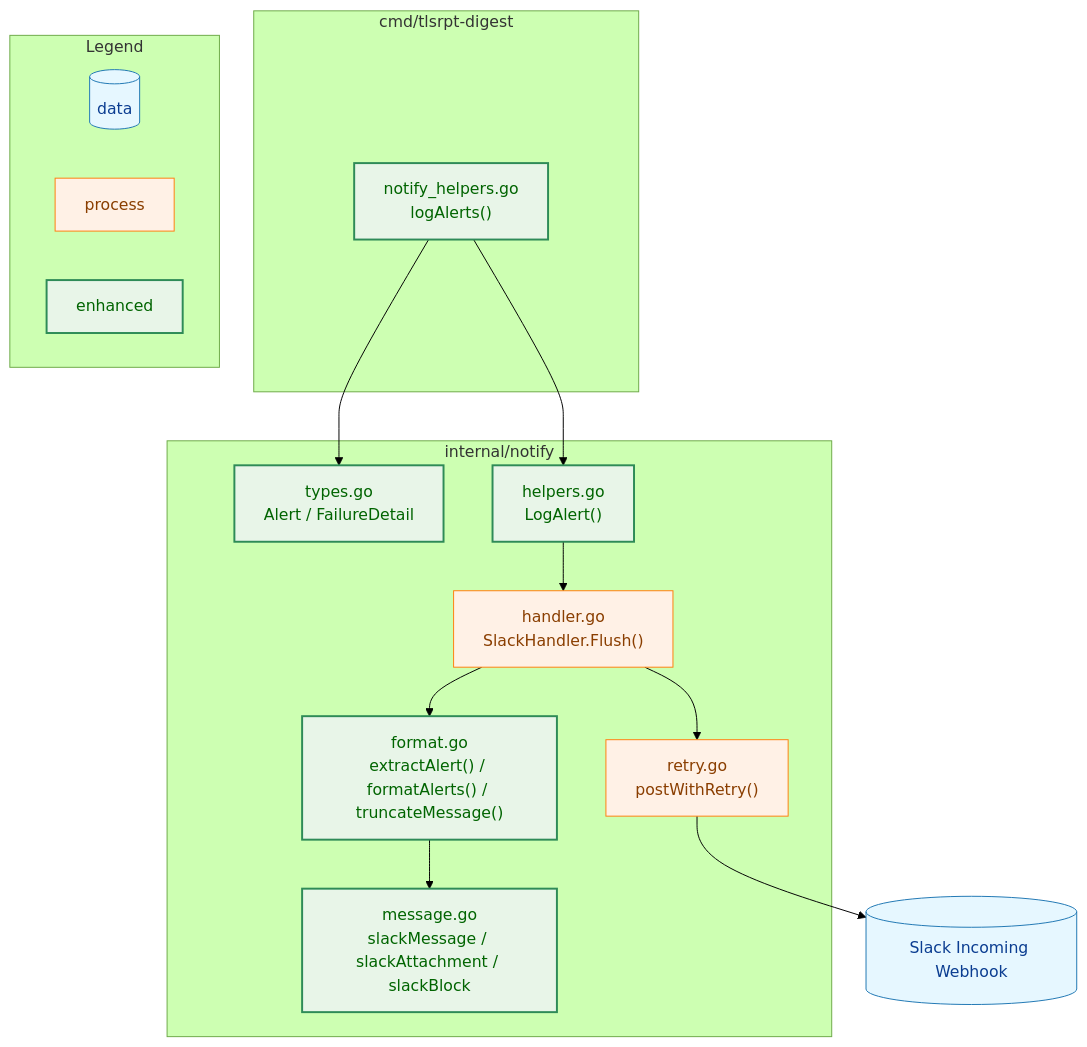
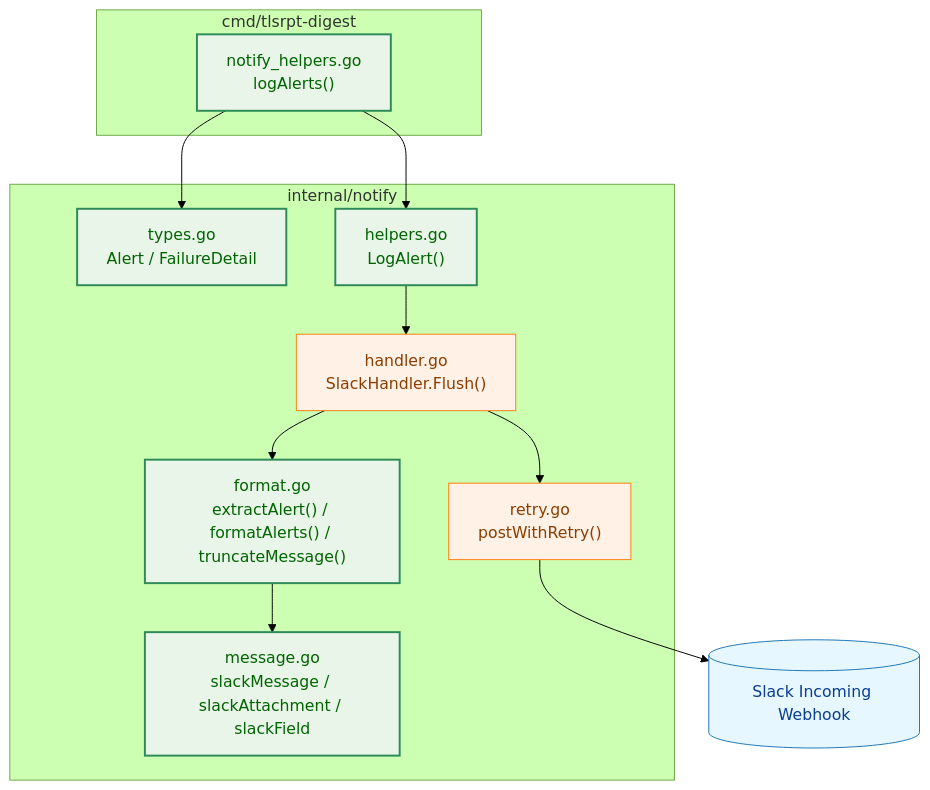
Before and after one commit to isseis/tlsrpt-digest: the second of 3 diagrams in docs/tasks/0101_slack_alert_format/02_architecture.md, drawn with Mermaid (forest theme). The commit also changed other lines of this file and 2 other files, not shown here.

First line of the commit message:
refactor(0101): remove unused maxAlertBlocksPerMessage constant

````diff
--- a/docs/tasks/0101_slack_alert_format/02_architecture.md
+++ b/docs/tasks/0101_slack_alert_format/02_architecture.md
@@ -69,43 +61,33 @@
 ```mermaid
 flowchart TD
     classDef data fill:#e6f7ff,stroke:#1f77b4,stroke-width:1px,color:#0b3d91;
     classDef process fill:#fff1e6,stroke:#ff7f0e,stroke-width:1px,color:#8a3e00;
     classDef enhanced fill:#e8f5e8,stroke:#2e8b57,stroke-width:2px,color:#006400;
 
     subgraph cmd["cmd/tlsrpt-digest"]
         LA["notify_helpers.go<br>logAlerts()"]
     end
 
     subgraph notify["internal/notify"]
         TYPES["types.go<br>Alert / FailureDetail"]
         HELP["helpers.go<br>LogAlert()"]
         HND["handler.go<br>SlackHandler.Flush()"]
         FMT["format.go<br>extractAlert() / formatAlerts() / truncateMessage()"]
-        MSG["message.go<br>slackMessage / slackAttachment / slackBlock"]
+        MSG["message.go<br>slackMessage / slackAttachment / slackField"]
         RETRY["retry.go<br>postWithRetry()"]
     end
 
     SLACK[("Slack Incoming Webhook")]
 
     LA --> TYPES
     LA --> HELP
     HELP --> HND
     HND --> FMT
     FMT --> MSG
     HND --> RETRY
     RETRY --> SLACK
 
-    subgraph Legend["Legend"]
-        L_DATA[("data")]
-        L_PROCESS["process"]
-        L_ENH["enhanced"]
-    end
-
     class SLACK data
-    class TYPES,HELP,FMT,MSG enhanced
-    class LA enhanced
+    class TYPES,HELP,FMT,MSG,LA enhanced
     class HND,RETRY process
-    class L_DATA data
-    class L_PROCESS process
-    class L_ENH enhanced
 ```
````
